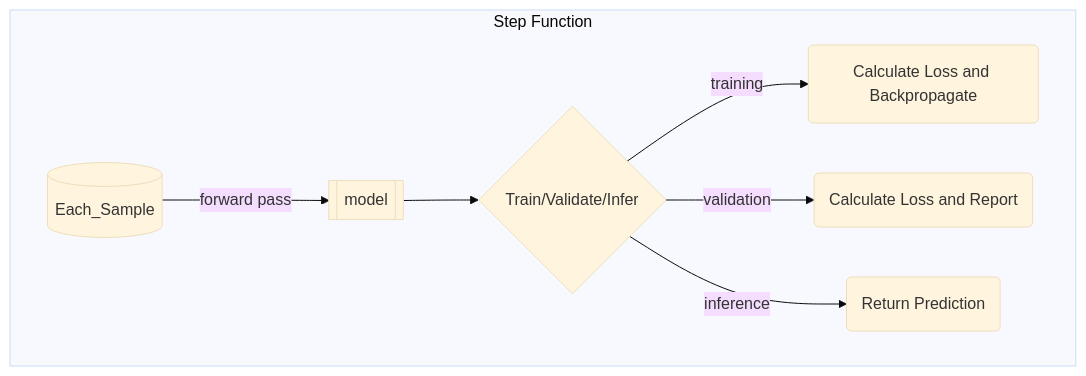
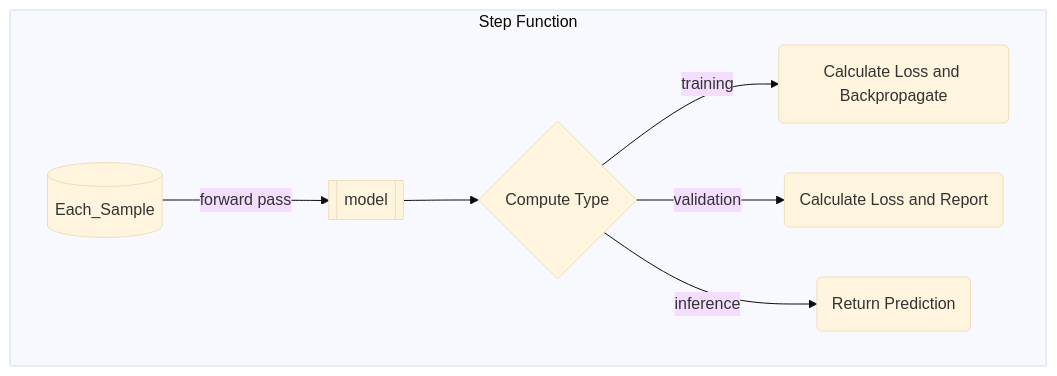
The sixth of 6 diagrams in docs/flowchart.md (szmazurek/GaNDLF), drawn with Mermaid (base theme) before and after one commit.

Commit message:
updated comment

````diff
--- a/docs/flowchart.md
+++ b/docs/flowchart.md
@@ -81,11 +81,11 @@
 ```mermaid
 flowchart TD
     subgraph Step Function
         Each_Sample[(Each_Sample)] -->|forward pass| model[[model]]
-        model[[model]] --> type{Train/Validate/Infer}
+        model[[model]] --> type{Compute Type}
         type -->|training| training_loss(Calculate Loss and Backpropagate)
         type -->|validation| validation_loss(Calculate Loss and Report)
         type -->|inference| inferences_metrics(Return Prediction)
 
     end
 ```
````
